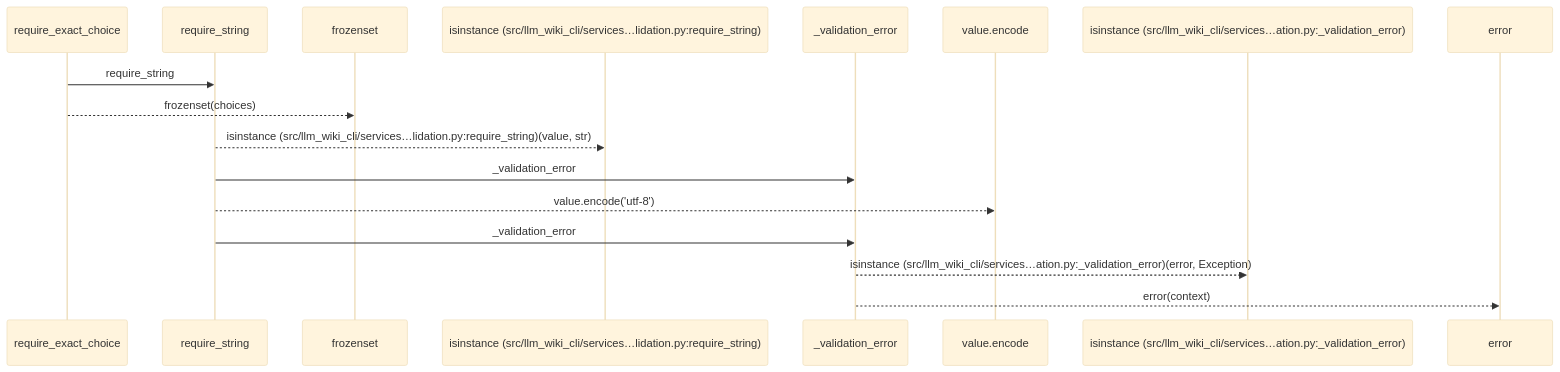
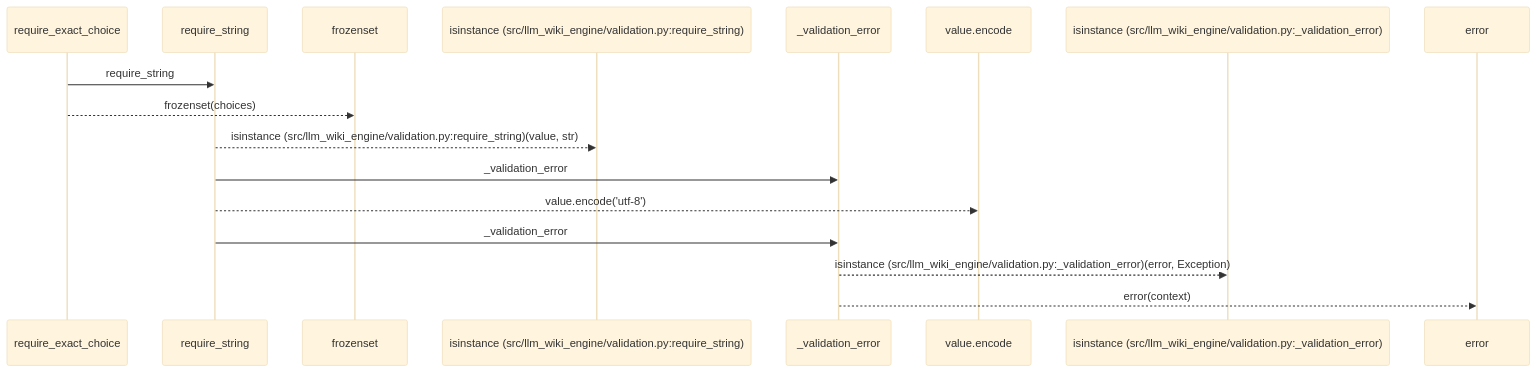
One commit to Denissvgn/python-wiki-llm changed the first of 2 diagrams in docs/llm_wiki/flows/api-require_exact_choice.md. Above: the diagram before and after it, drawn with Mermaid (base theme). The commit also changed other lines of this file and 1103 other files, not shown here.

First line of the commit message:
docs: refresh the wiki for the llm-wiki-engine distribution

````diff
--- a/docs/llm_wiki/flows/api-require_exact_choice.md
+++ b/docs/llm_wiki/flows/api-require_exact_choice.md
@@ -12,19 +12,19 @@
 ```mermaid
 sequenceDiagram
     participant p0 as require_exact_choice
     participant p1 as require_string
     participant p2 as frozenset
-    participant p3 as isinstance (src/llm_wiki_cli/services…lidation.py:require_string)
+    participant p3 as isinstance (src/llm_wiki_engine/validation.py:require_string)
     participant p4 as _validation_error
     participant p5 as value.encode
-    participant p6 as isinstance (src/llm_wiki_cli/services…ation.py:_validation_error)
+    participant p6 as isinstance (src/llm_wiki_engine/validation.py:_validation_error)
     participant p7 as error
     p0->>p1: require_string
     p0-->>p2: frozenset(choices)
-    p1-->>p3: isinstance (src/llm_wiki_cli/services…lidation.py:require_string)(value, str)
+    p1-->>p3: isinstance (src/llm_wiki_engine/validation.py:require_string)(value, str)
     p1->>p4: _validation_error
     p1-->>p5: value.encode('utf-8')
     p1->>p4: _validation_error
-    p4-->>p6: isinstance (src/llm_wiki_cli/services…ation.py:_validation_error)(error, Exception)
+    p4-->>p6: isinstance (src/llm_wiki_engine/validation.py:_validation_error)(error, Exception)
     p4-->>p7: error(context)
 ```
````
